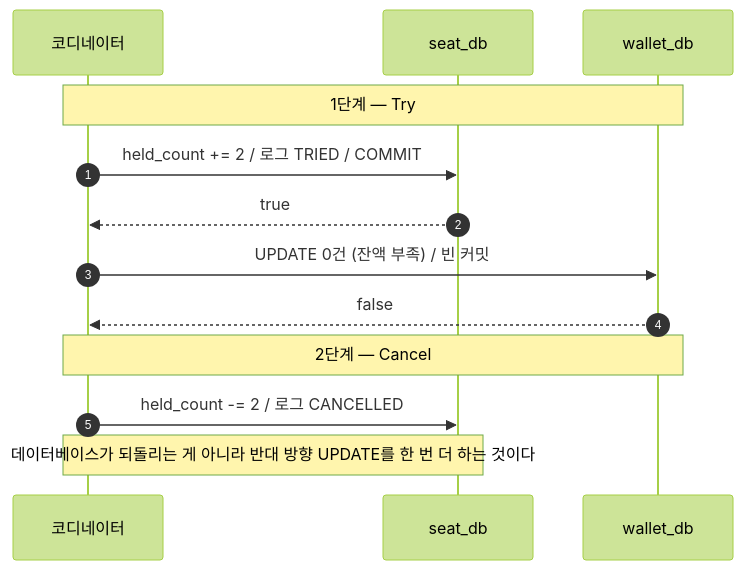
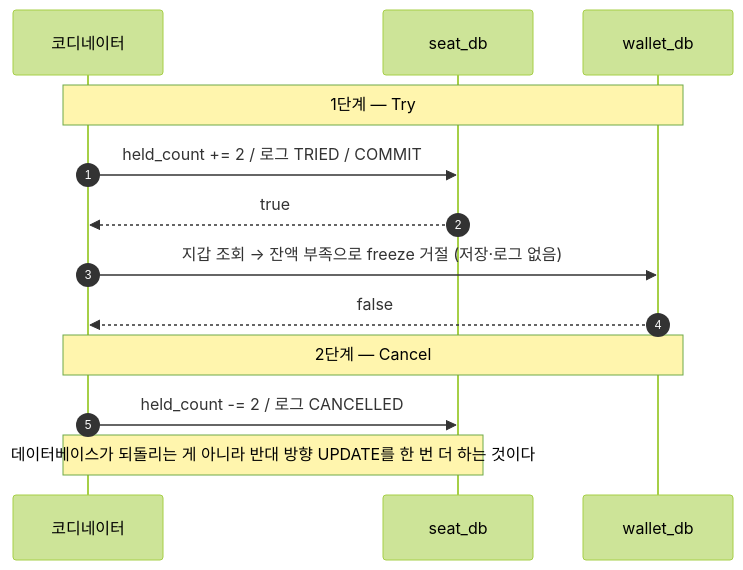
One commit to HJC96/deep-dive changed the second of 3 diagrams in labs/distributed-transaction-tcc/README.md. Above: the diagram before and after it, drawn with Mermaid (forest theme). The commit also changed other lines of this file and 14 other files, not shown here.

````diff
--- a/labs/distributed-transaction-tcc/README.md
+++ b/labs/distributed-transaction-tcc/README.md
@@ -76,17 +78,17 @@
 ```mermaid
 sequenceDiagram
     autonumber
     participant C as 코디네이터
     participant S as seat_db
     participant W as wallet_db
 
     Note over C,W: 1단계 — Try
     C->>S: held_count += 2 / 로그 TRIED / COMMIT
     S-->>C: true
-    C->>W: UPDATE 0건 (잔액 부족) / 빈 커밋
+    C->>W: 지갑 조회 → 잔액 부족으로 freeze 거절 (저장·로그 없음)
     W-->>C: false
 
     Note over C,W: 2단계 — Cancel
     C->>S: held_count -= 2 / 로그 CANCELLED
     Note over C,S: 데이터베이스가 되돌리는 게 아니라 반대 방향 UPDATE를 한 번 더 하는 것이다
 ```
````
